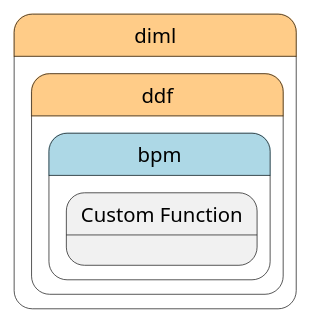
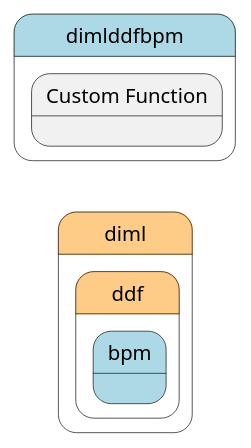
Before and after one commit to madajaju/edgemere: the diagram in docs/edgemere/diml/ddf/bpm/process.puml, drawn with PlantUML. The commit also changed 775 other files, not shown here.

```diff
--- a/docs/edgemere/diml/ddf/bpm/process.puml
+++ b/docs/edgemere/diml/ddf/bpm/process.puml
@@ -1,22 +1,22 @@
 @startuml
 left to right direction
 
 
 state "diml" as diml #ffcc88 {
 state "ddf" as dimlddf #ffcc88 {
 state "bpm" as dimlddfbpm #lightblue {
 }
 }
 }
 
 
-state dimlddfbpm #lightblue {
+state "dimlddfbpm" as pstatename #lightblue {
     state "Custom Function" as bpmfunction {
     }
 }
 
 
 
 
 
 @enduml
```
